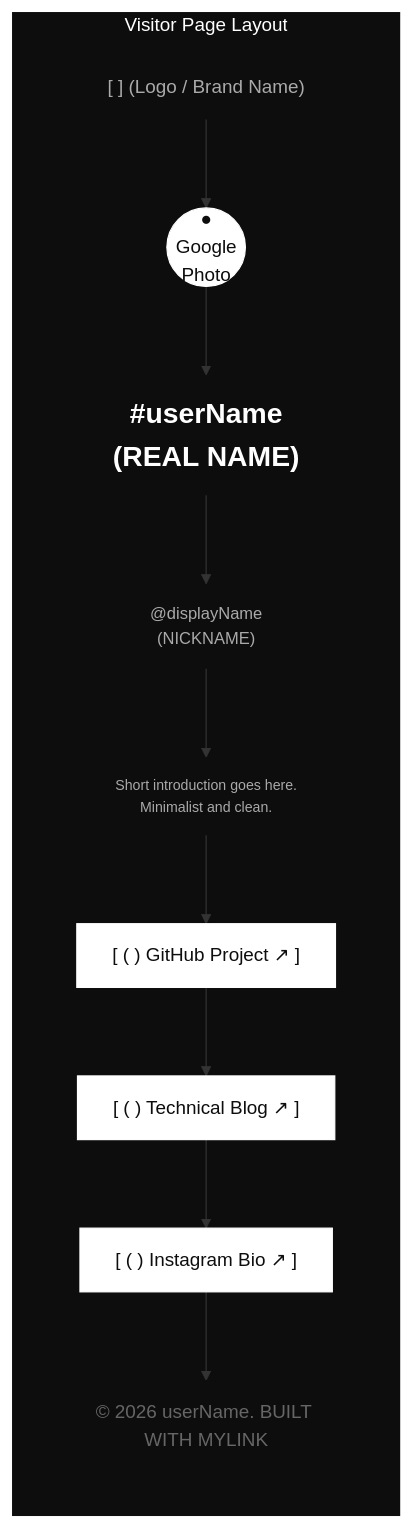
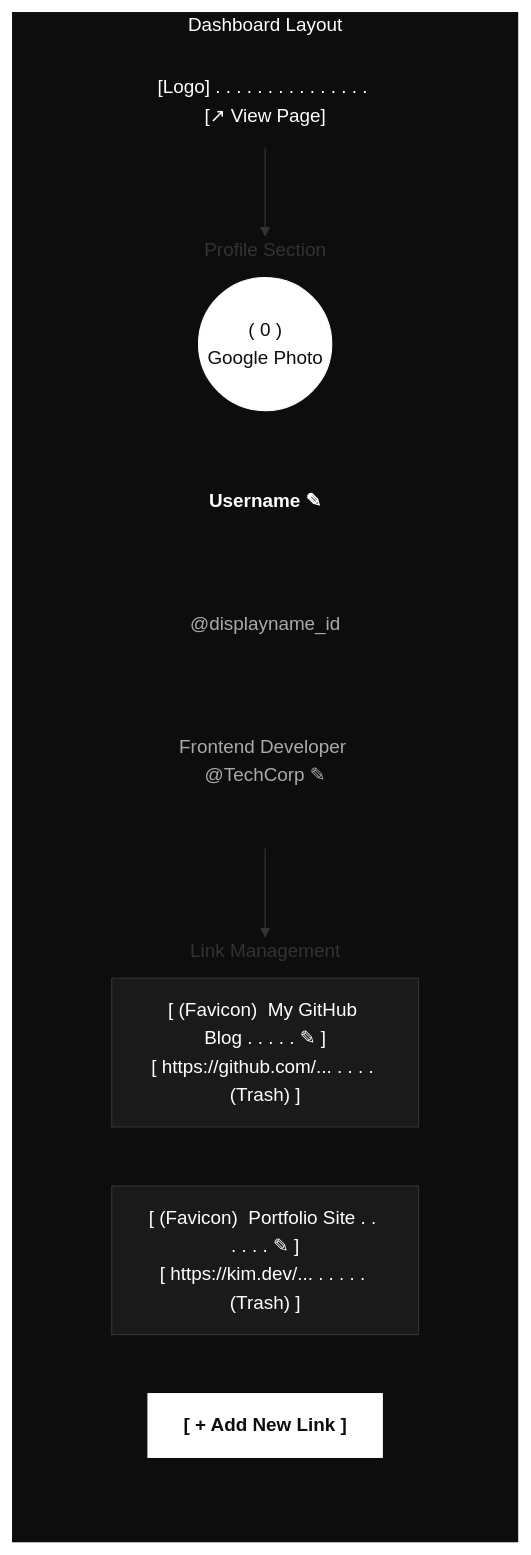
One commit to nanhyunsoo/my-link changed the third of 4 diagrams in docs/WIREFRAME.md. Above: the diagram before and after it, drawn with Mermaid. The commit also changed other lines of this file, not shown here.

````diff
--- a/docs/WIREFRAME.md
+++ b/docs/WIREFRAME.md
@@ -10,42 +50,36 @@
 ```mermaid
 graph TD
-    subgraph Mobile_View [Visitor Page Layout]
+    subgraph Admin_View [Dashboard Layout]
         direction TB
         
-        Header["[ ] (Logo / Brand Name)"]
+        AdminNav["[Logo] . . . . . . . . . . . . . . . [↗ View Page]"]
         
-        Avatar(("●<br/>Google<br/>Photo"))
+        subgraph Profile_Area [Profile Section]
+            AvatarAdmin((" ( 0 ) <br/>Google Photo"))
+            EditName["Username ✎"]
+            EditID["@displayname_id"]
+            EditBio["Frontend Developer @TechCorp ✎"]
+        end
         
-        UserName["#userName<br/>(REAL NAME)"]
+        subgraph Link_List [Link Management]
+            Link1["[ (Favicon)  My GitHub Blog . . . . . ✎ ]<br/>[ https://github.com/... . . . . (Trash) ]"]
+            Link2["[ (Favicon)  Portfolio Site . . . . . . ✎ ]<br/>[ https://kim.dev/... . . . . . (Trash) ]"]
+            AddBtn["[ + Add New Link ]"]
+        end
         
-        DisplayName["@displayName<br/>(NICKNAME)"]
-        
-        Bio["Short introduction goes here.<br/>Minimalist and clean."]
-        
-        Link1["[ ( )  GitHub Project  ↗ ]"]
-        Link2["[ ( )  Technical Blog  ↗ ]"]
-        Link3["[ ( )  Instagram Bio  ↗ ]"]
-        
-        Footer["© 2026 userName. BUILT WITH MYLINK"]
-
-        Header --> Avatar
-        Avatar --> UserName
-        UserName --> DisplayName
-        DisplayName --> Bio
-        Bio --> Link1
-        Link1 --> Link2
-        Link2 --> Link3
-        Link3 --> Footer
+        AdminNav --> Profile_Area
+        Profile_Area --> Link_List
     end
 
-    style Mobile_View fill:#0D0D0D,stroke:#FFFFFF,color:#FFFFFF
-    style Header fill:none,stroke:none,color:#AAAAAA
-    style Avatar fill:#FFFFFF,stroke:#FFFFFF,color:#0D0D0D
-    style UserName fill:none,stroke:none,color:#FFFFFF,font-weight:bold,font-size:24px
-    style DisplayName fill:none,stroke:none,color:#AAAAAA,font-size:14px
-    style Bio fill:none,stroke:none,color:#AAAAAA,font-size:12px
-    style Link1 fill:#FFFFFF,stroke:#FFFFFF,color:#0D0D0D
-    style Link2 fill:#FFFFFF,stroke:#FFFFFF,color:#0D0D0D
-    style Link3 fill:#FFFFFF,stroke:#FFFFFF,color:#0D0D0D
-    style Footer fill:none,stroke:none,color:#666666
+    style Admin_View fill:#0D0D0D,stroke:#FFFFFF,color:#FFFFFF
+    style AdminNav fill:none,stroke:none,color:#FFFFFF
+    style Profile_Area fill:none,stroke:none
+    style AvatarAdmin fill:#FFFFFF,stroke:#FFFFFF,color:#0D0D0D
+    style EditName fill:none,stroke:none,color:#FFFFFF,font-weight:bold
+    style EditID fill:none,stroke:none,color:#AAAAAA
+    style EditBio fill:none,stroke:none,color:#AAAAAA
+    style Link_List fill:none,stroke:none
+    style Link1 fill:#1A1A1A,stroke:#333333,color:#FFFFFF
+    style Link2 fill:#1A1A1A,stroke:#333333,color:#FFFFFF
+    style AddBtn fill:#FFFFFF,stroke:#FFFFFF,color:#0D0D0D,font-weight:bold
 ```
````
